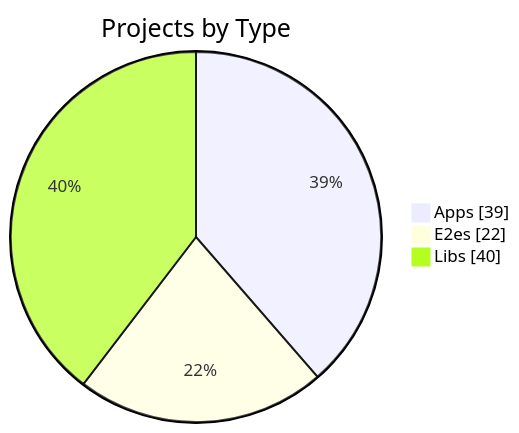
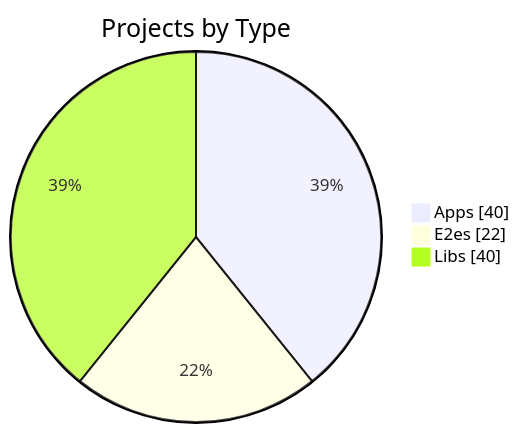
The first of 3 diagrams in apps/kbve/astro-kbve/src/content/docs/dashboard/graph.mdx (KBVE/kbve), drawn with Mermaid before and after one commit. The commit also changed other lines of this file and 6 other files, not shown here.

````diff
--- a/apps/kbve/astro-kbve/src/content/docs/dashboard/graph.mdx
+++ b/apps/kbve/astro-kbve/src/content/docs/dashboard/graph.mdx
@@ -56,7 +56,7 @@
 ```mermaid
 pie showData
     title Projects by Type
-    "Apps" : 39
+    "Apps" : 40
     "E2es" : 22
     "Libs" : 40
 ```
````
